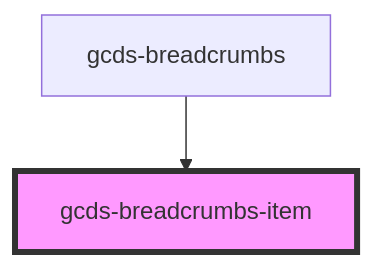
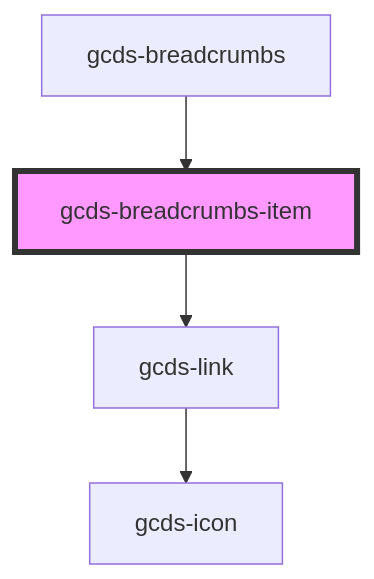
The diagram in packages/web/src/components/gcds-breadcrumbs/readme.md (cds-snc/gcds-components), drawn with Mermaid before and after one commit. The commit also changed other lines of this file and 3 other files, not shown here.

Commit message:
refactor: integrate gcds-link into gcds-breadcrumbs

````diff
--- a/packages/web/src/components/gcds-breadcrumbs/readme.md
+++ b/packages/web/src/components/gcds-breadcrumbs/readme.md
@@ -22,5 +26,7 @@
 ```mermaid
 graph TD;
+  gcds-breadcrumbs-item --> gcds-link
+  gcds-link --> gcds-icon
   gcds-breadcrumbs --> gcds-breadcrumbs-item
   style gcds-breadcrumbs-item fill:#f9f,stroke:#333,stroke-width:4px
 ```
````
